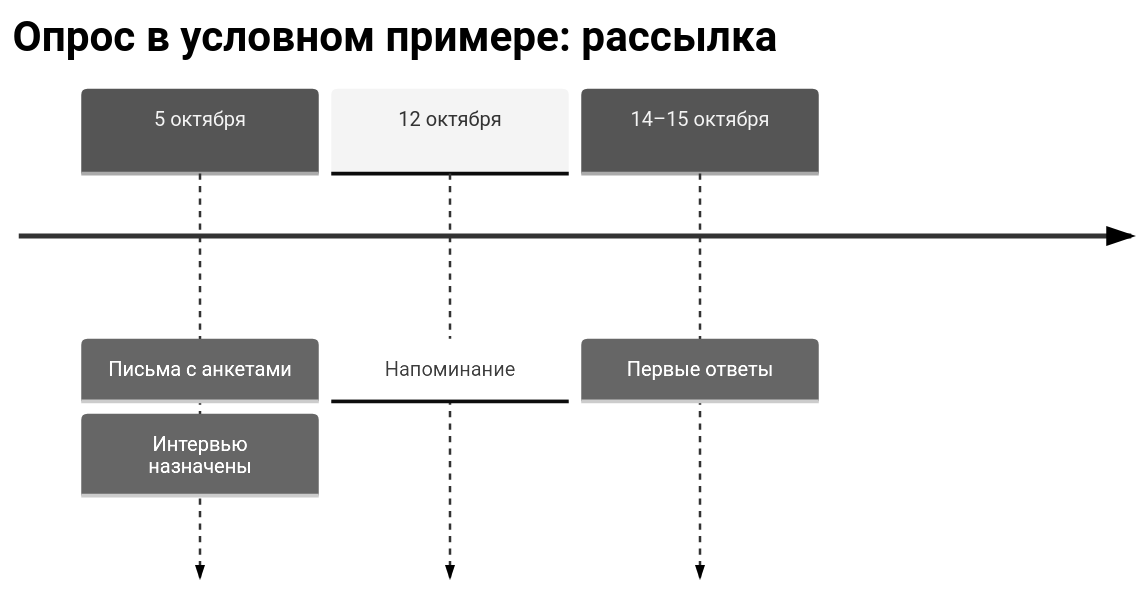
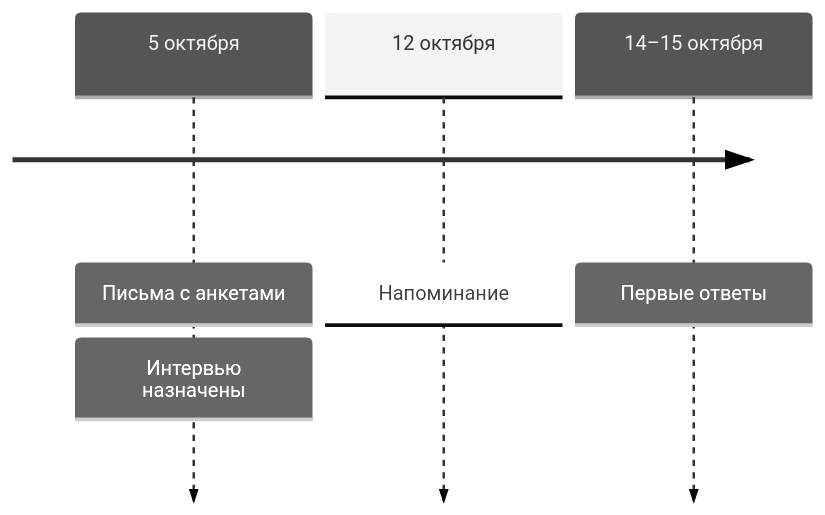
One commit to ivbeg/data-inventory changed the first of 3 diagrams in docs/03-process/04-questionnaires.md. Above: the diagram before and after it, drawn with Mermaid (neutral theme). The commit also changed other lines of this file and 34 other files, not shown here.

First line of the commit message:
Читаемая карта от продукта и единый размер схем в PDF

````diff
--- a/docs/03-process/04-questionnaires.md
+++ b/docs/03-process/04-questionnaires.md
@@ -175,7 +175,12 @@
 ```mermaid
+---
+config:
+  timeline:
+    leftMargin: 0
+    padding: 10
+---
 timeline
-  title Опрос в условном примере: рассылка
   5 октября : Письма с анкетами : Интервью назначены
   12 октября : Напоминание
   14–15 октября : Первые ответы
 ```
````
